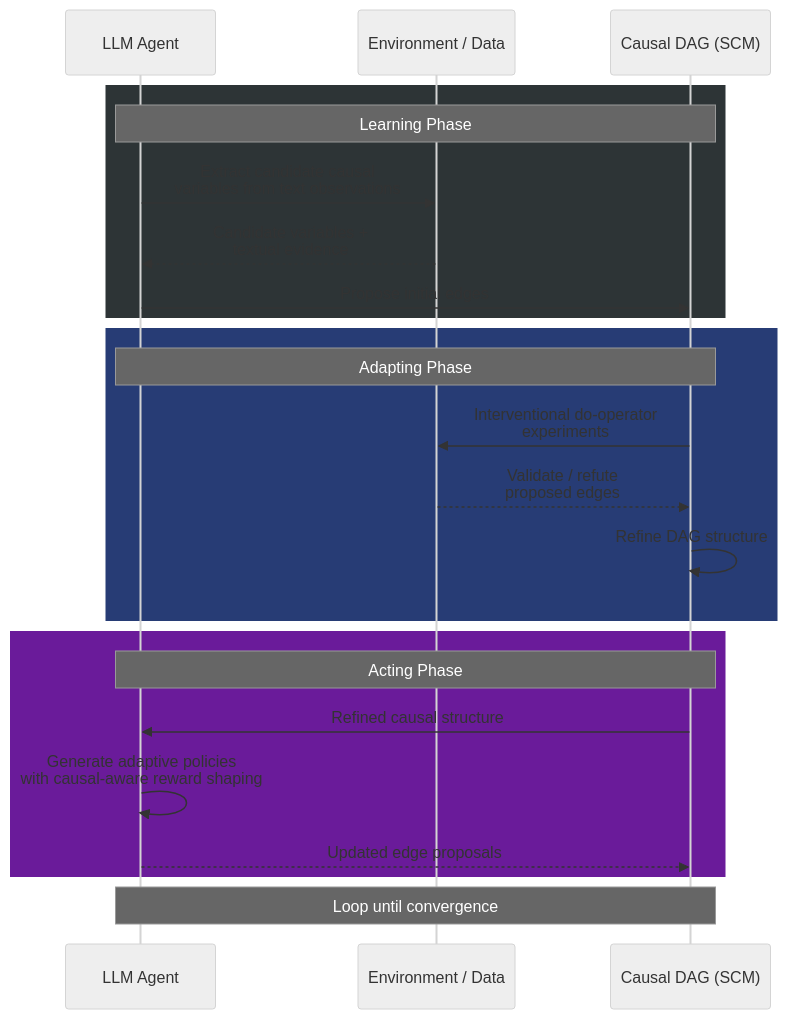
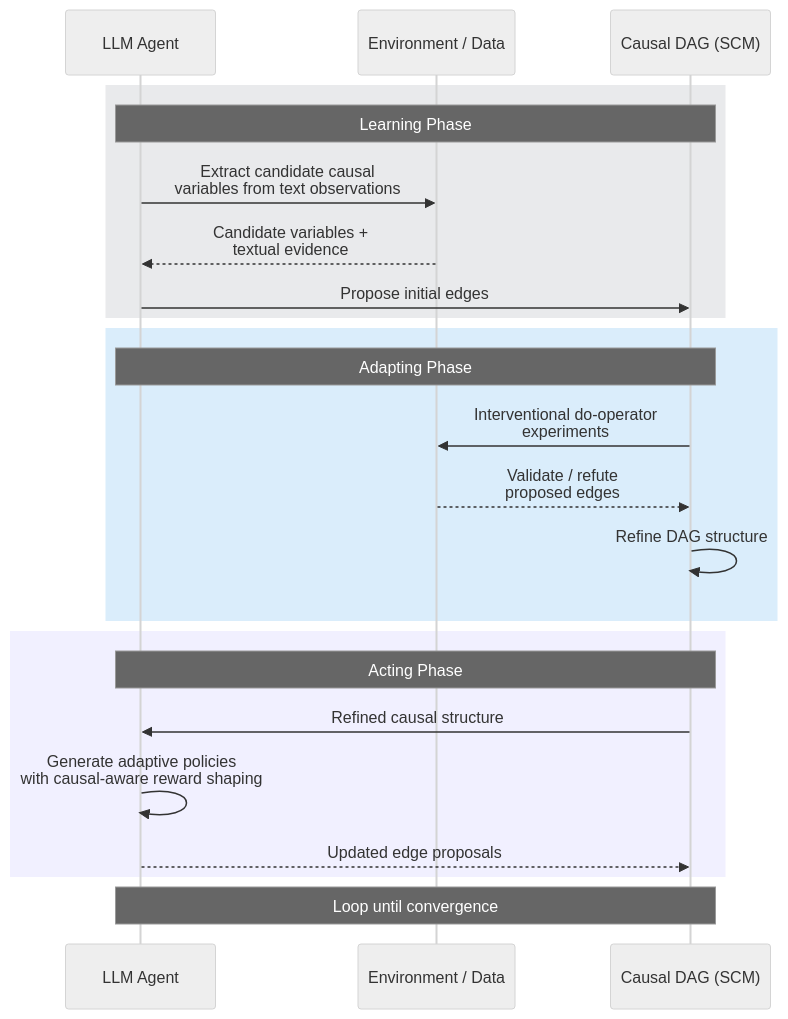
Diagram 12 of 12 in notebooks/causal_inference/building_causal_DAG.md (dimitarpg13/agentic_architectures_and_design_patterns), drawn with Mermaid (neutral theme) before and after one commit.

Commit message:
fix colors in md

````diff
--- a/notebooks/causal_inference/building_causal_DAG.md
+++ b/notebooks/causal_inference/building_causal_DAG.md
@@ -445,29 +445,29 @@
 ```mermaid
 sequenceDiagram
     participant LLM as LLM Agent
     participant ENV as Environment / Data
     participant SCM as Causal DAG (SCM)
 
-    rect rgb(45, 52, 54)
+    rect rgba(108, 117, 125, 0.15)
     Note over LLM,SCM: Learning Phase
     LLM->>ENV: Extract candidate causal<br/>variables from text observations
     ENV-->>LLM: Candidate variables +<br/>textual evidence
     LLM->>SCM: Propose initial edges
     end
 
-    rect rgb(39, 60, 117)
+    rect rgba(9, 132, 227, 0.15)
     Note over LLM,SCM: Adapting Phase
     SCM->>ENV: Interventional do-operator<br/>experiments
     ENV-->>SCM: Validate / refute<br/>proposed edges
     SCM->>SCM: Refine DAG structure
     end
 
-    rect rgb(106, 27, 154)
+    rect rgba(162, 155, 254, 0.15)
     Note over LLM,SCM: Acting Phase
     SCM->>LLM: Refined causal structure
     LLM->>LLM: Generate adaptive policies<br/>with causal-aware reward shaping
     LLM-->>SCM: Updated edge proposals
     end
 
     Note over LLM,SCM: Loop until convergence
 ```
````
